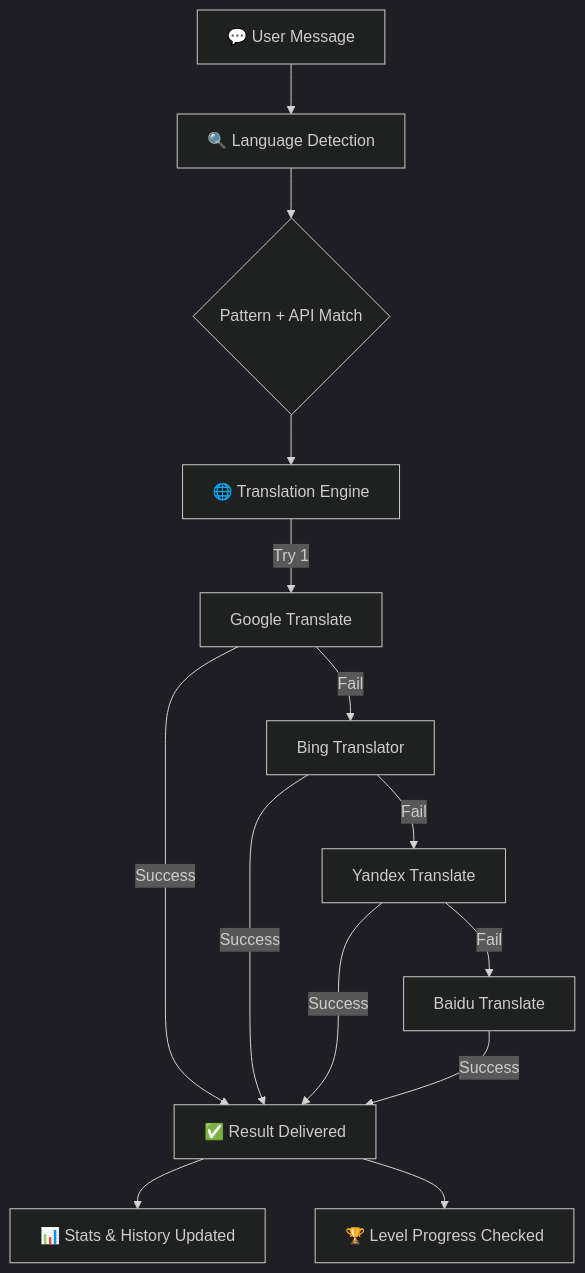
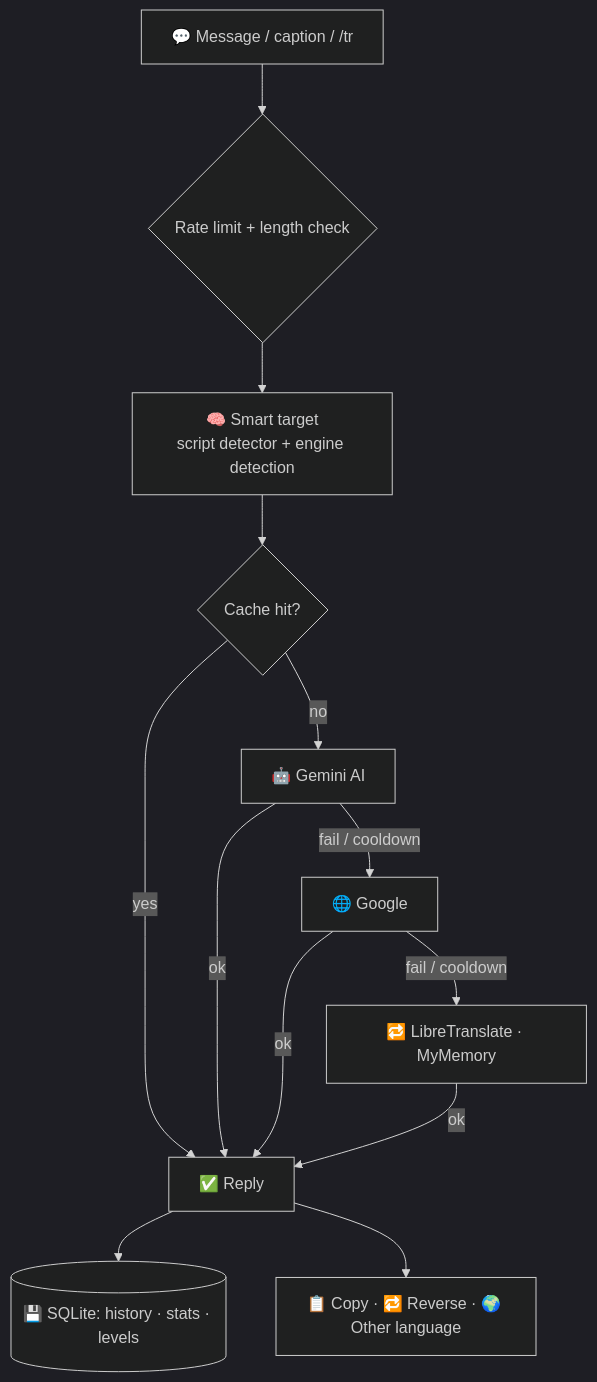
One commit to Amin-Moniry/BotAM changed the diagram in README.md. Above: the diagram before and after it, drawn with Mermaid (dark theme). The commit also changed other lines of this file and 27 other files, not shown here.

First line of the commit message:
BotAM v7.0: async rewrite, Gemini engine, circuit breaker + cache, SQLite, new UI

````diff
--- a/README.md
+++ b/README.md
@@ -129,16 +71,15 @@
 ```mermaid
 graph TD
-    A[💬 User Message] --> B[🔍 Language Detection]
-    B --> C{Pattern + API Match}
-    C --> D[🌐 Translation Engine]
-    D -->|Try 1| E[Google Translate]
-    E -->|Fail| F[Bing Translator]
-    F -->|Fail| G[Yandex Translate]
-    G -->|Fail| H[Baidu Translate]
-    E -->|Success| I[✅ Result Delivered]
-    F -->|Success| I
-    G -->|Success| I
-    H -->|Success| I
-    I --> J[📊 Stats & History Updated]
-    I --> K[🏆 Level Progress Checked]
+    A[💬 Message / caption / /tr] --> B{Rate limit + length check}
+    B --> C[🧠 Smart target<br/>script detector + engine detection]
+    C --> D{Cache hit?}
+    D -->|yes| H[✅ Reply]
+    D -->|no| E[🤖 Gemini AI]
+    E -->|fail / cooldown| F[🌐 Google]
+    F -->|fail / cooldown| G[🔁 LibreTranslate · MyMemory]
+    E -->|ok| H
+    F -->|ok| H
+    G -->|ok| H
+    H --> I[(💾 SQLite: history · stats · levels)]
+    H --> J[📋 Copy · 🔁 Reverse · 🌍 Other language]
 ```
````
